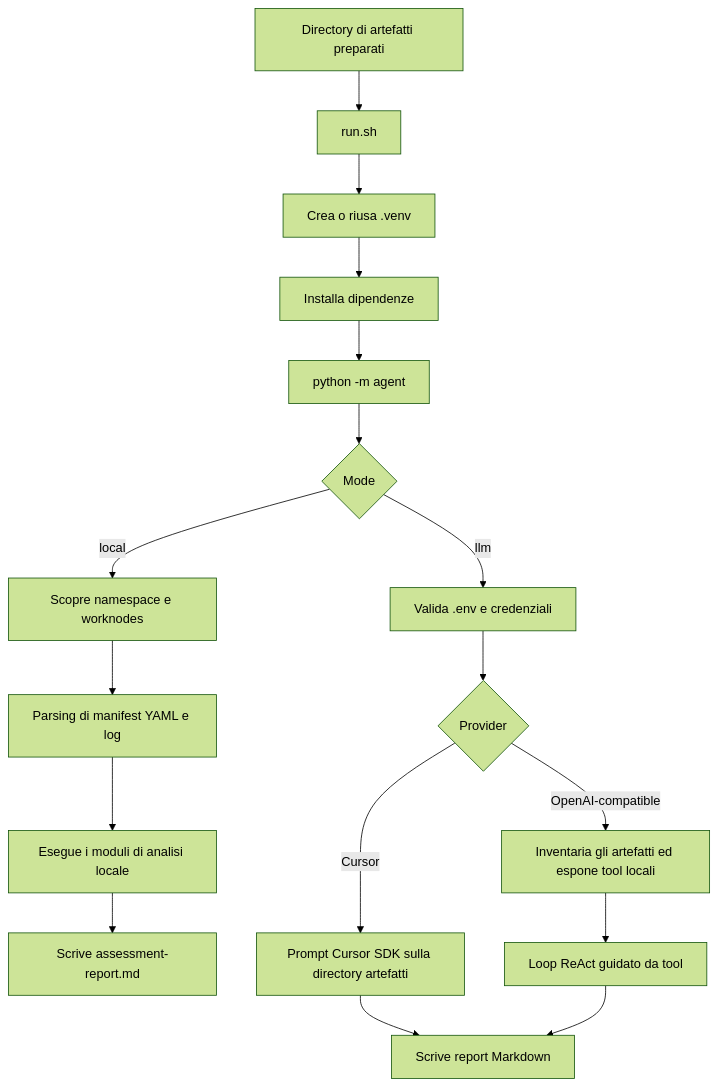
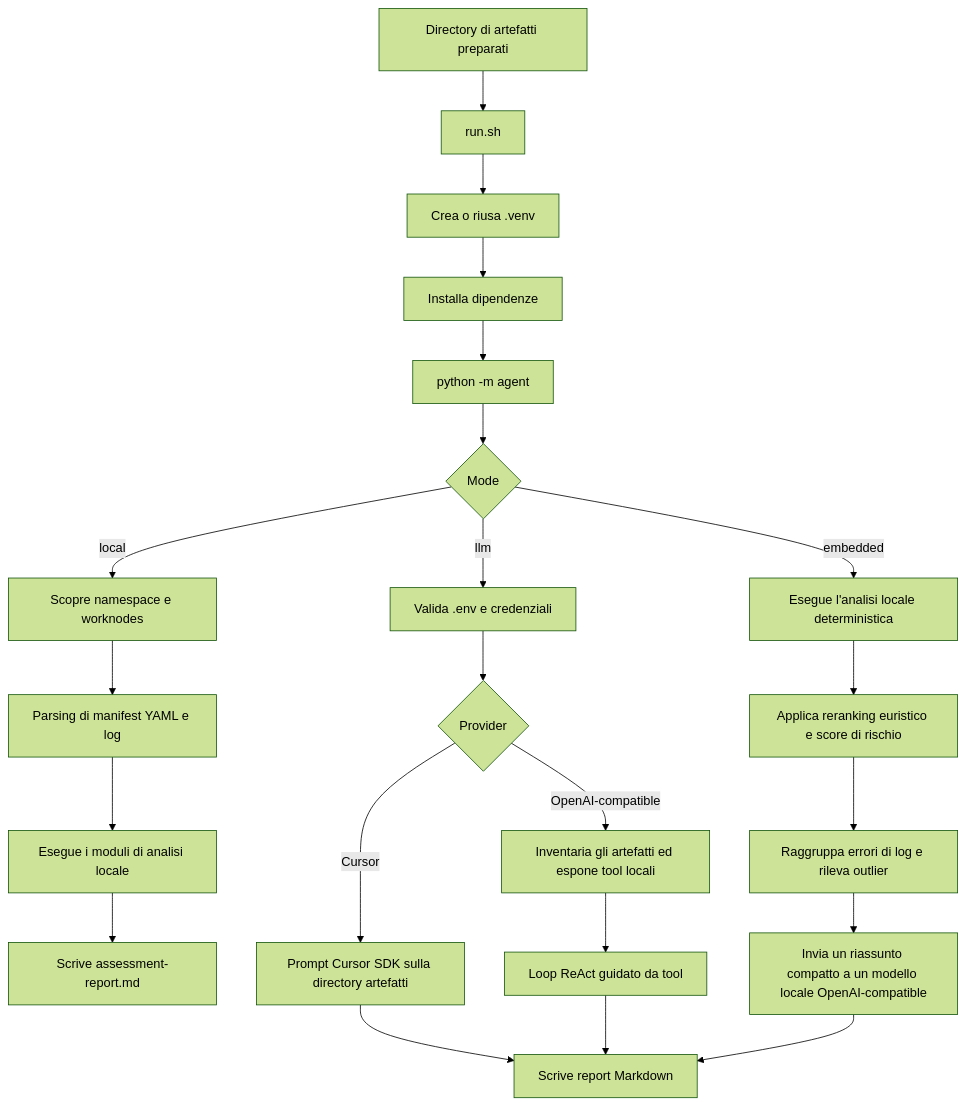
One commit to ShiftWise-AI/kubeoptix-analyzer changed the diagram in README.it.md. Above: the diagram before and after it, drawn with Mermaid (forest theme). The commit also changed 3 other files, not shown here.

````diff
--- a/README.it.md
+++ b/README.it.md
@@ -196,21 +196,26 @@
 ```mermaid
 flowchart TD
     A[Directory di artefatti preparati] --> B[run.sh]
     B --> C[Crea o riusa .venv]
     C --> D[Installa dipendenze]
     D --> E[python -m agent]
     E --> F{Mode}
 
     F -->|local| G[Scopre namespace e worknodes]
     G --> H[Parsing di manifest YAML e log]
     H --> I[Esegue i moduli di analisi locale]
     I --> J[Scrive assessment-report.md]
 
     F -->|llm| K[Valida .env e credenziali]
     K --> L{Provider}
     L -->|Cursor| M[Prompt Cursor SDK sulla directory artefatti]
     L -->|OpenAI-compatible| N[Inventaria gli artefatti ed espone tool locali]
     N --> O[Loop ReAct guidato da tool]
+    F -->|embedded| Q[Esegue l'analisi locale deterministica]
+    Q --> R[Applica reranking euristico e score di rischio]
+    R --> S[Raggruppa errori di log e rileva outlier]
+    S --> T[Invia un riassunto compatto a un modello locale OpenAI-compatible]
     M --> P[Scrive report Markdown]
     O --> P
+    T --> P
 ```
````
